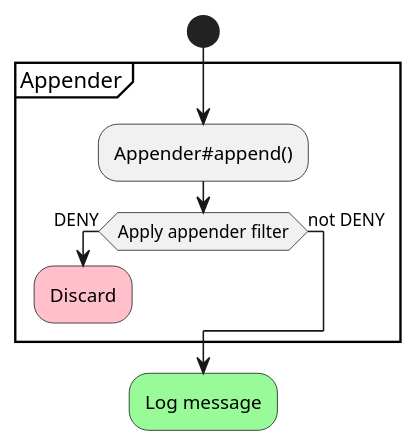
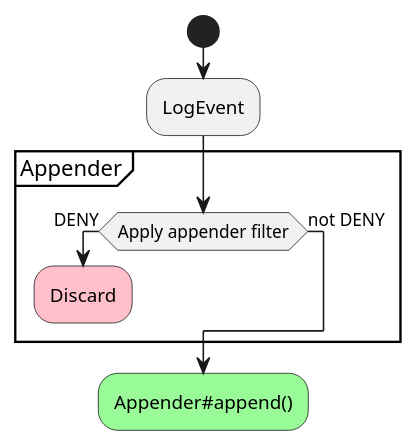
The fourth of 4 diagrams in src/site/antora/modules/ROOT/pages/manual/filters.adoc (apache/logging-log4j2), drawn with PlantUML before and after one commit. The commit also changed other lines of this file and 1 other file, not shown here.

```diff
--- a/src/site/antora/modules/ROOT/pages/manual/filters.adoc
+++ b/src/site/antora/modules/ROOT/pages/manual/filters.adoc
@@ -189,19 +194,19 @@
 [plantuml]
 ....
 @startuml
 start
+:LogEvent;
+
 group Appender
-
-:Appender#append();
 
 if (Apply appender filter) then (DENY)
     #pink:Discard;
     detach
 else (not DENY)
     ' The label improves spacing
     label a1
 endif
 end group
-#palegreen:Log message;
+#palegreen:Appender#append();
 @enduml
 ....
```
